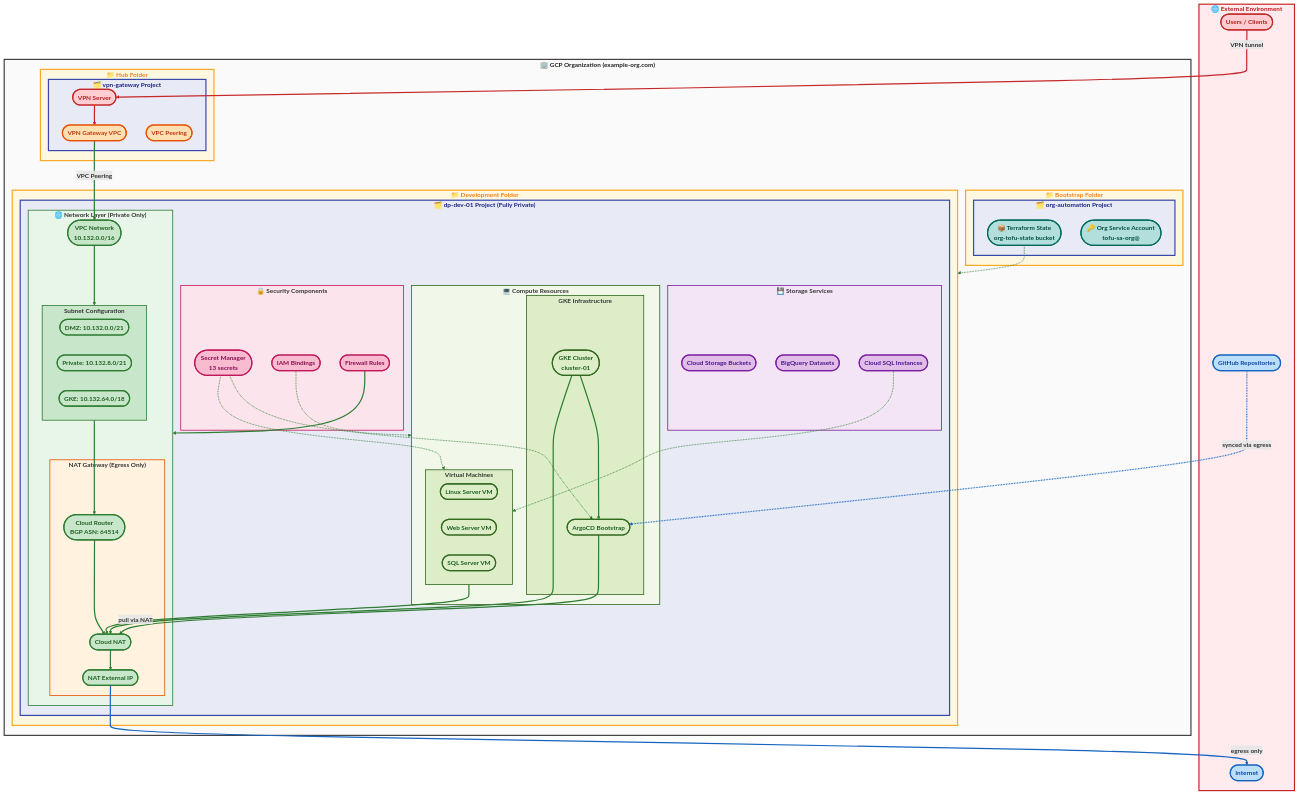
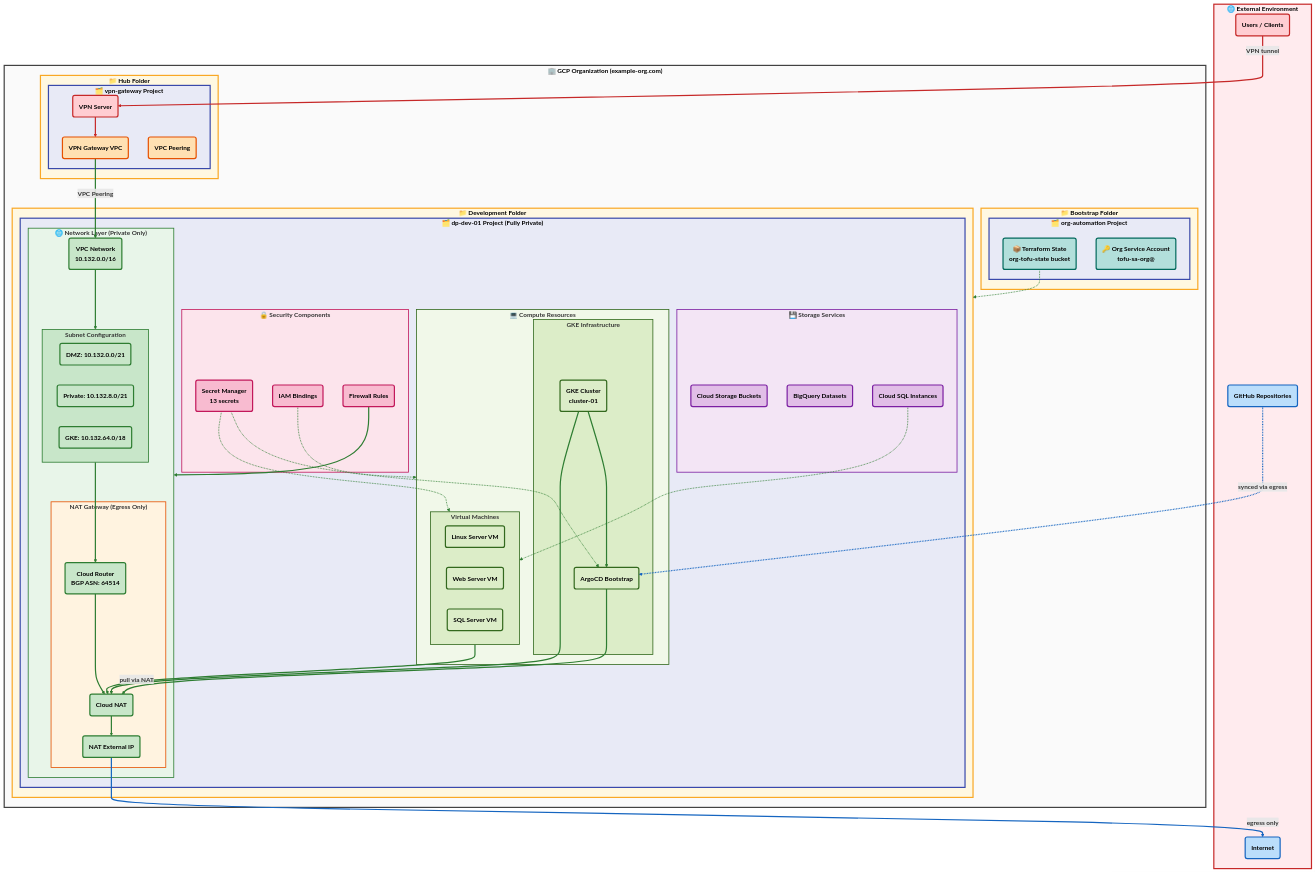
The first of 7 diagrams in docs/ARCHITECTURE_DIAGRAM.md (spolspol/terragrunt-gcp-org-automation), drawn with Mermaid before and after one commit. The commit also changed other lines of this file, not shown here.

Commit message:
Improves architecture diagram readability

```diff
--- a/docs/ARCHITECTURE_DIAGRAM.md
+++ b/docs/ARCHITECTURE_DIAGRAM.md
@@ -32,9 +32,9 @@
 graph TB
     %% ── External ────────────────────────────────────────────────
     subgraph External["<b>🌐 External Environment</b>"]
-        Internet(["<b>Internet</b>"])
-        GitHub(["<b>GitHub Repositories</b>"])
-        Users(["<b>Users / Clients</b>"])
+        Internet("<b>Internet</b>")
+        GitHub("<b>GitHub Repositories</b>")
+        Users("<b>Users / Clients</b>")
     end
 
     %% ── GCP Organization ────────────────────────────────────────
@@ -43,17 +43,17 @@
         %% Bootstrap
         subgraph Bootstrap["<b>📁 Bootstrap Folder</b>"]
             subgraph BootstrapProj["<b>🗂️ org-automation Project</b>"]
-                StateStorage(["<b>📦 Terraform State<br/>org-tofu-state bucket</b>"])
-                OrgSA(["<b>🔑 Org Service Account<br/>tofu-sa-org@</b>"])
+                StateStorage("<b>📦 Terraform State<br/>org-tofu-state bucket</b>")
+                OrgSA("<b>🔑 Org Service Account<br/>tofu-sa-org@</b>")
             end
         end
 
         %% Hub
         subgraph Hub["<b>📁 Hub Folder</b>"]
             subgraph VPNGateway["<b>🗂️ vpn-gateway Project</b>"]
-                VPNServer(["<b>VPN Server</b>"])
-                VPNVPC(["<b>VPN Gateway VPC</b>"])
-                VPCPeering(["<b>VPC Peering</b>"])
+                VPNServer("<b>VPN Server</b>")
+                VPNVPC("<b>VPN Gateway VPC</b>")
+                VPCPeering("<b>VPC Peering</b>")
             end
         end
 
@@ -63,18 +63,18 @@
 
                 %% Network
                 subgraph Network["<b>🌐 Network Layer (Private Only)</b>"]
-                    VPC(["<b>VPC Network<br/>10.132.0.0/16</b>"])
+                    VPC("<b>VPC Network<br/>10.132.0.0/16</b>")
 
                     subgraph Subnets["<b>Subnet Configuration</b>"]
-                        DMZ(["<b>DMZ: 10.132.0.0/21</b>"])
-                        Private(["<b>Private: 10.132.8.0/21</b>"])
-                        GKESub(["<b>GKE: 10.132.64.0/18</b>"])
+                        DMZ("<b>DMZ: 10.132.0.0/21</b>")
+                        Private("<b>Private: 10.132.8.0/21</b>")
+                        GKESub("<b>GKE: 10.132.64.0/18</b>")
                     end
 
                     subgraph NATGateway["<b>NAT Gateway (Egress Only)</b>"]
-                        Router(["<b>Cloud Router<br/>BGP ASN: 64514</b>"])
-                        CloudNAT(["<b>Cloud NAT</b>"])
-                        NATExtIP(["<b>NAT External IP</b>"])
+                        Router("<b>Cloud Router<br/>BGP ASN: 64514</b>")
+                        CloudNAT("<b>Cloud NAT</b>")
+                        NATExtIP("<b>NAT External IP</b>")
                         Router ==> CloudNAT
                         CloudNAT ==> NATExtIP
                     end
@@ -86,30 +86,30 @@
                 %% Compute
                 subgraph Compute["<b>💻 Compute Resources</b>"]
                     subgraph GKECluster["<b>GKE Infrastructure</b>"]
-                        GKE(["<b>GKE Cluster<br/>cluster-01</b>"])
-                        ArgoCD(["<b>ArgoCD Bootstrap</b>"])
+                        GKE("<b>GKE Cluster<br/>cluster-01</b>")
+                        ArgoCD("<b>ArgoCD Bootstrap</b>")
                         GKE ==> ArgoCD
                     end
 
                     subgraph VirtualMachines["<b>Virtual Machines</b>"]
-                        LinuxVM(["<b>Linux Server VM</b>"])
-                        WebVM(["<b>Web Server VM</b>"])
-                        SQLVM(["<b>SQL Server VM</b>"])
+                        LinuxVM("<b>Linux Server VM</b>")
+                        WebVM("<b>Web Server VM</b>")
+                        SQLVM("<b>SQL Server VM</b>")
                     end
                 end
 
                 %% Security
                 subgraph Security["<b>🔒 Security Components</b>"]
-                    Secrets(["<b>Secret Manager<br/>13 secrets</b>"])
-                    IAM(["<b>IAM Bindings</b>"])
-                    Firewall(["<b>Firewall Rules</b>"])
+                    Secrets("<b>Secret Manager<br/>13 secrets</b>")
+                    IAM("<b>IAM Bindings</b>")
+                    Firewall("<b>Firewall Rules</b>")
                 end
 
                 %% Storage
                 subgraph Storage["<b>💾 Storage Services</b>"]
-                    GCS(["<b>Cloud Storage Buckets</b>"])
-                    BigQuery(["<b>BigQuery Datasets</b>"])
-                    CloudSQL(["<b>Cloud SQL Instances</b>"])
+                    GCS("<b>Cloud Storage Buckets</b>")
+                    BigQuery("<b>BigQuery Datasets</b>")
+                    CloudSQL("<b>Cloud SQL Instances</b>")
                 end
             end
         end
@@ -141,14 +141,14 @@
     CloudSQL -.-> VirtualMachines
 
     %% ── Node styles ─────────────────────────────────────────────
-    classDef internet fill:#bbdefb,stroke:#1565c0,stroke-width:3px,font-weight:bold,color:#0d47a1
-    classDef public fill:#ffcdd2,stroke:#c62828,stroke-width:3px,font-weight:bold,color:#b71c1c
-    classDef bootstrap fill:#b2dfdb,stroke:#00695c,stroke-width:3px,font-weight:bold,color:#004d40
-    classDef hub fill:#ffe0b2,stroke:#e65100,stroke-width:3px,font-weight:bold,color:#bf360c
-    classDef network fill:#c8e6c9,stroke:#2e7d32,stroke-width:3px,font-weight:bold,color:#1b5e20
-    classDef compute fill:#dcedc8,stroke:#33691e,stroke-width:3px,font-weight:bold,color:#1b5e20
-    classDef security fill:#f8bbd0,stroke:#c2185b,stroke-width:3px,font-weight:bold,color:#880e4f
-    classDef storage fill:#e1bee7,stroke:#7b1fa2,stroke-width:3px,font-weight:bold,color:#4a148c
+    classDef internet fill:#bbdefb,stroke:#1565c0,stroke-width:3px,font-weight:bold,color:#000
+    classDef public fill:#ffcdd2,stroke:#c62828,stroke-width:3px,font-weight:bold,color:#000
+    classDef bootstrap fill:#b2dfdb,stroke:#00695c,stroke-width:3px,font-weight:bold,color:#000
+    classDef hub fill:#ffe0b2,stroke:#e65100,stroke-width:3px,font-weight:bold,color:#000
+    classDef network fill:#c8e6c9,stroke:#2e7d32,stroke-width:3px,font-weight:bold,color:#000
+    classDef compute fill:#dcedc8,stroke:#33691e,stroke-width:3px,font-weight:bold,color:#000
+    classDef security fill:#f8bbd0,stroke:#c2185b,stroke-width:3px,font-weight:bold,color:#000
+    classDef storage fill:#e1bee7,stroke:#7b1fa2,stroke-width:3px,font-weight:bold,color:#000
 
     class Internet,GitHub internet
     class Users,VPNServer public
@@ -189,18 +189,18 @@
 
     %% ── Subgraph styles ─────────────────────────────────────────
     %% Organisation
-    style GCPOrg fill:#fafafa,stroke:#424242,stroke-width:3px,color:#212121
-    style External fill:#ffebee,stroke:#c62828,stroke-width:3px,color:#b71c1c
+    style GCPOrg fill:#fafafa,stroke:#424242,stroke-width:3px,color:#000
+    style External fill:#ffebee,stroke:#c62828,stroke-width:3px,color:#000
 
     %% Folders — warm yellow
-    style Bootstrap fill:#fff8e1,stroke:#f9a825,stroke-width:3px,color:#f57f17
-    style Hub fill:#fff8e1,stroke:#f9a825,stroke-width:3px,color:#f57f17
-    style Development fill:#fff8e1,stroke:#f9a825,stroke-width:3px,color:#f57f17
+    style Bootstrap fill:#fff8e1,stroke:#f9a825,stroke-width:3px,color:#000
+    style Hub fill:#fff8e1,stroke:#f9a825,stroke-width:3px,color:#000
+    style Development fill:#fff8e1,stroke:#f9a825,stroke-width:3px,color:#000
 
     %% Projects — cool indigo
-    style BootstrapProj fill:#e8eaf6,stroke:#3949ab,stroke-width:3px,color:#1a237e
-    style VPNGateway fill:#e8eaf6,stroke:#3949ab,stroke-width:3px,color:#1a237e
-    style DevProj fill:#e8eaf6,stroke:#3949ab,stroke-width:3px,color:#1a237e
+    style BootstrapProj fill:#e8eaf6,stroke:#3949ab,stroke-width:3px,color:#000
+    style VPNGateway fill:#e8eaf6,stroke:#3949ab,stroke-width:3px,color:#000
+    style DevProj fill:#e8eaf6,stroke:#3949ab,stroke-width:3px,color:#000
 
     %% Resource groups inside project
     style Network fill:#e8f5e9,stroke:#2e7d32,stroke-width:2px
```
